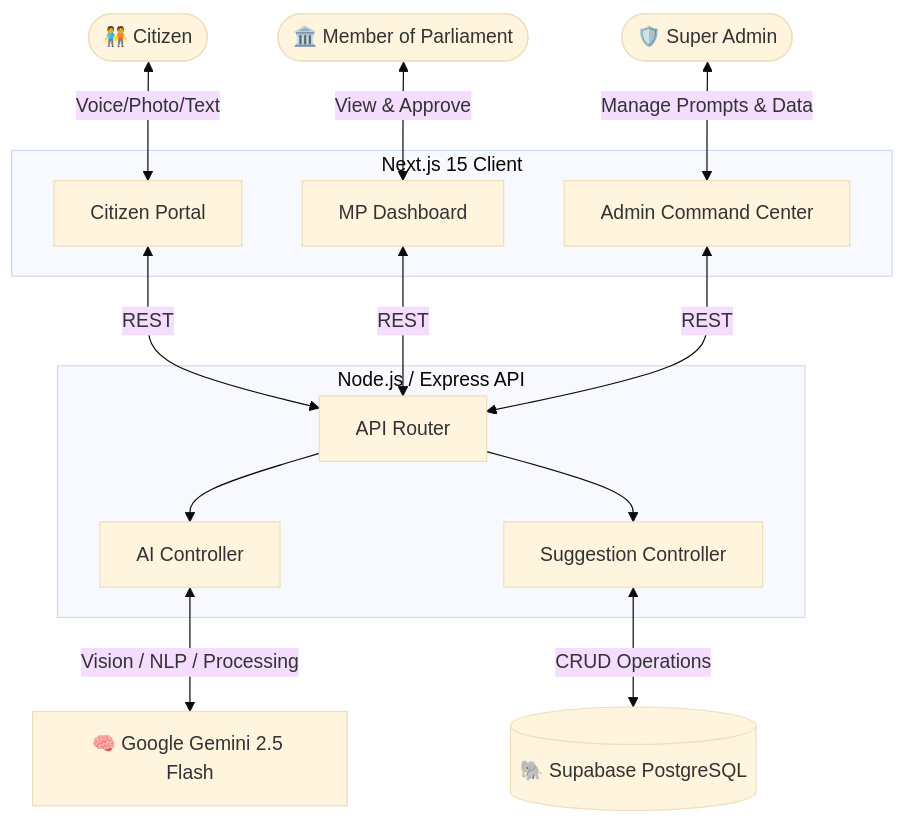
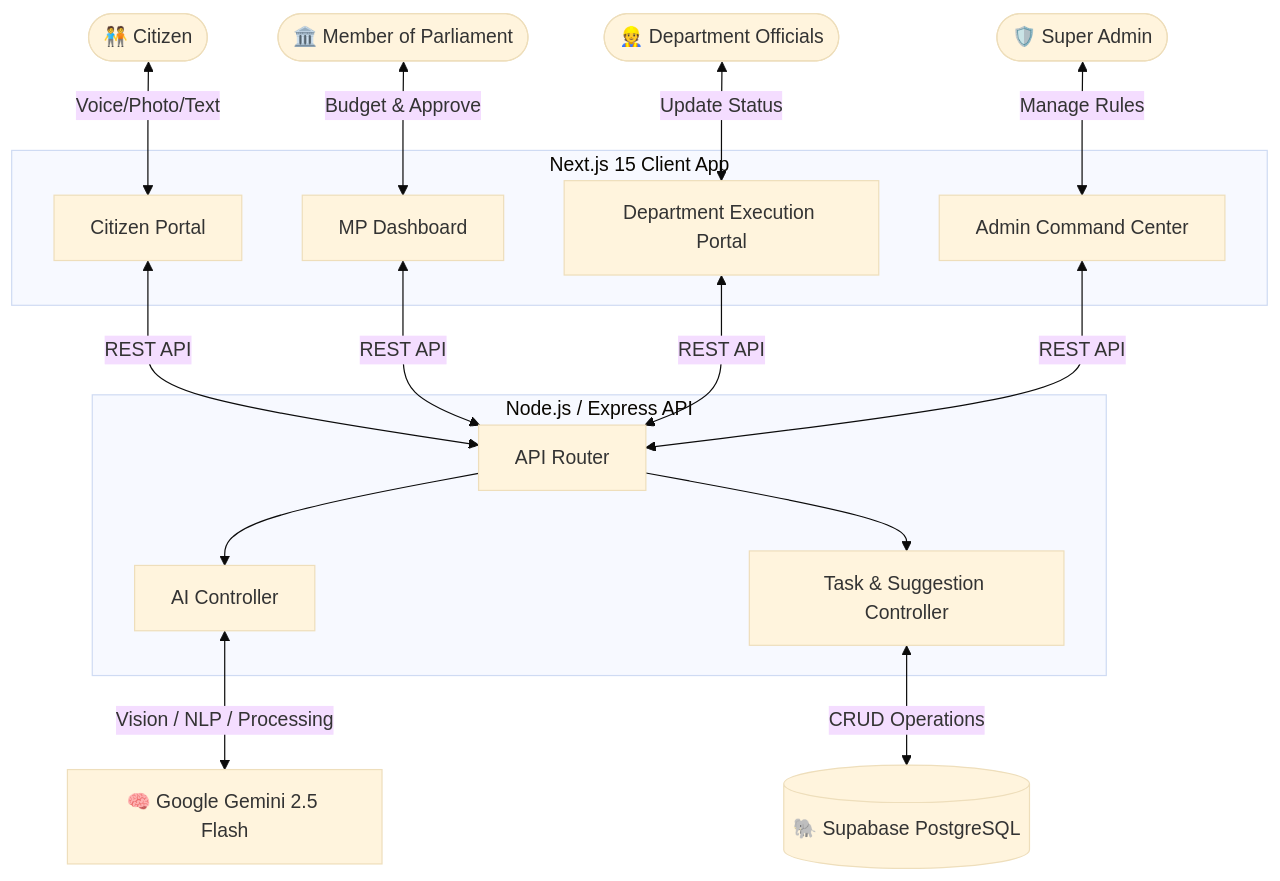
One commit to theabhishek4u/Jansunwai-AI changed the first of 2 diagrams in README.md. Above: the diagram before and after it, drawn with Mermaid (base theme). The commit also changed other lines of this file, not shown here.

Commit message:
docs: update README with project scope, technology stack, and architecture changes

````diff
--- a/README.md
+++ b/README.md
@@ -36,40 +38,44 @@
 ```mermaid
 graph TD
     %% Entities
     Citizen([🧑‍🤝‍🧑 Citizen])
     MP([🏛️ Member of Parliament])
+    Dept([👷 Department Officials])
     Admin([🛡️ Super Admin])
 
     %% Frontend Portals
-    subgraph Frontend [Next.js 15 Client]
+    subgraph Frontend [Next.js 15 Client App]
         CP[Citizen Portal]
         MD[MP Dashboard]
+        DP[Department Execution Portal]
         AC[Admin Command Center]
     end
 
     %% Backend Services
     subgraph Backend [Node.js / Express API]
         Router[API Router]
         AI_Controller[AI Controller]
-        Sugg_Controller[Suggestion Controller]
+        Task_Controller[Task & Suggestion Controller]
     end
 
     %% External Services
     Gemini[🧠 Google Gemini 2.5 Flash]
     Supabase[(🐘 Supabase PostgreSQL)]
 
     %% Connections
     Citizen <-->|Voice/Photo/Text| CP
-    MP <-->|View & Approve| MD
-    Admin <-->|Manage Prompts & Data| AC
+    MP <-->|Budget & Approve| MD
+    Dept <-->|Update Status| DP
+    Admin <-->|Manage Rules| AC
 
-    CP <-->|REST| Router
-    MD <-->|REST| Router
-    AC <-->|REST| Router
+    CP <-->|REST API| Router
+    MD <-->|REST API| Router
+    DP <-->|REST API| Router
+    AC <-->|REST API| Router
 
     Router --> AI_Controller
-    Router --> Sugg_Controller
+    Router --> Task_Controller
 
     AI_Controller <-->|Vision / NLP / Processing| Gemini
-    Sugg_Controller <-->|CRUD Operations| Supabase
+    Task_Controller <-->|CRUD Operations| Supabase
 ```
````
